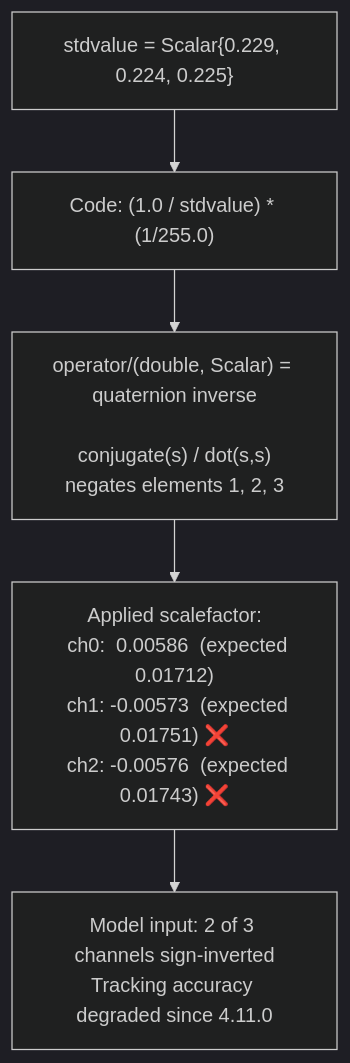
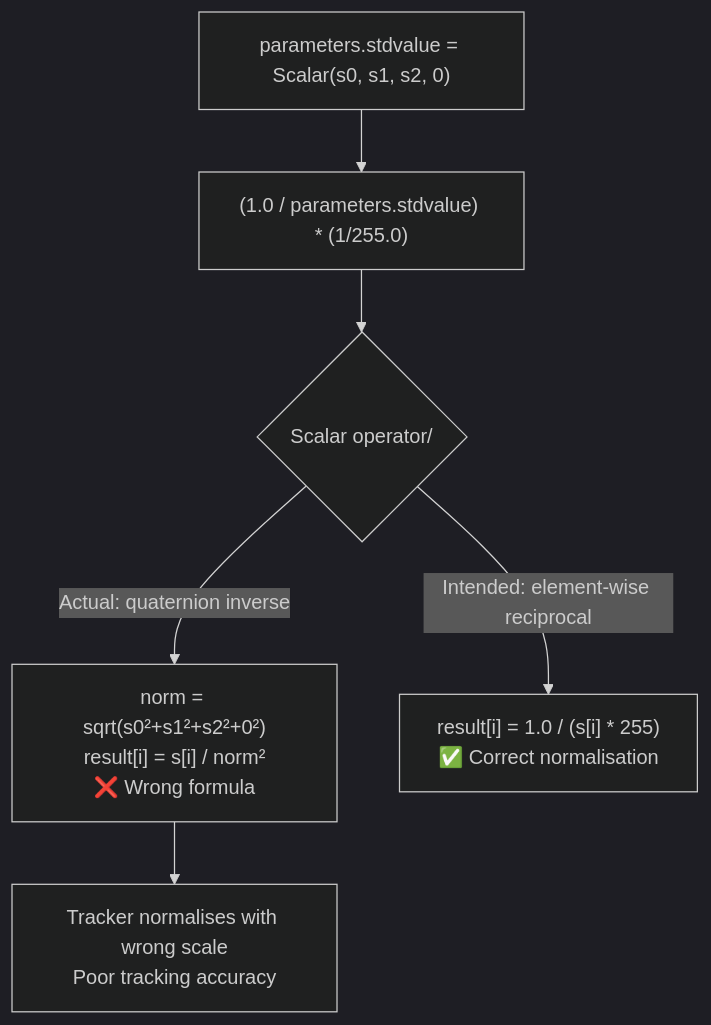
Before and after one commit to varun-projects/opencv: the fifth of 10 diagrams in FIXES_DOCUMENTATION.md, drawn with Mermaid (dark theme). The commit also changed other lines of this file, not shown here.

Commit message:
docs: enrich all 8 fixes with annotated code comments and implementation background

````diff
--- a/FIXES_DOCUMENTATION.md
+++ b/FIXES_DOCUMENTATION.md
@@ -258,9 +252,8 @@
 ```mermaid
 flowchart TD
-    A["stdvalue = Scalar{0.229, 0.224, 0.225}"]
-    B["Code: (1.0 / stdvalue) * (1/255.0)"]
-    C["operator/(double, Scalar) = quaternion inverse\n\nconjugate(s) / dot(s,s)\nnegates elements 1, 2, 3"]
-    D["Applied scalefactor:\n  ch0:  0.00586  (expected 0.01712)\n  ch1: -0.00573  (expected 0.01751) ❌\n  ch2: -0.00576  (expected 0.01743) ❌"]
-    E["Model input: 2 of 3 channels sign-inverted\nTracking accuracy degraded since 4.11.0"]
-    A --> B --> C --> D --> E
+    A["parameters.stdvalue = Scalar(s0, s1, s2, 0)"] --> B["(1.0 / parameters.stdvalue) * (1/255.0)"]
+    B --> C{Scalar operator/}
+    C -->|"Actual: quaternion inverse"| D["norm = sqrt(s0²+s1²+s2²+0²)\nresult[i] = s[i] / norm²\n❌ Wrong formula"]
+    C -->|"Intended: element-wise reciprocal"| E["result[i] = 1.0 / (s[i] * 255)\n✅ Correct normalisation"]
+    D --> F["Tracker normalises with wrong scale\nPoor tracking accuracy"]
 ```
````
